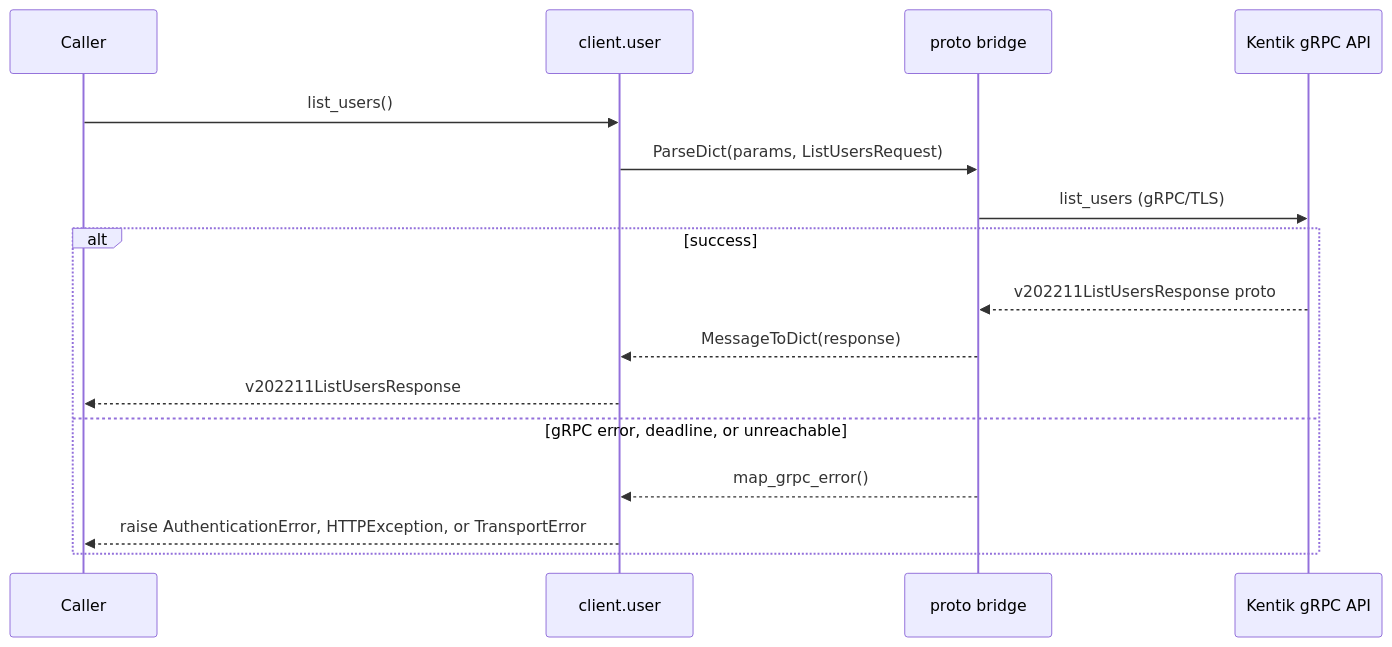
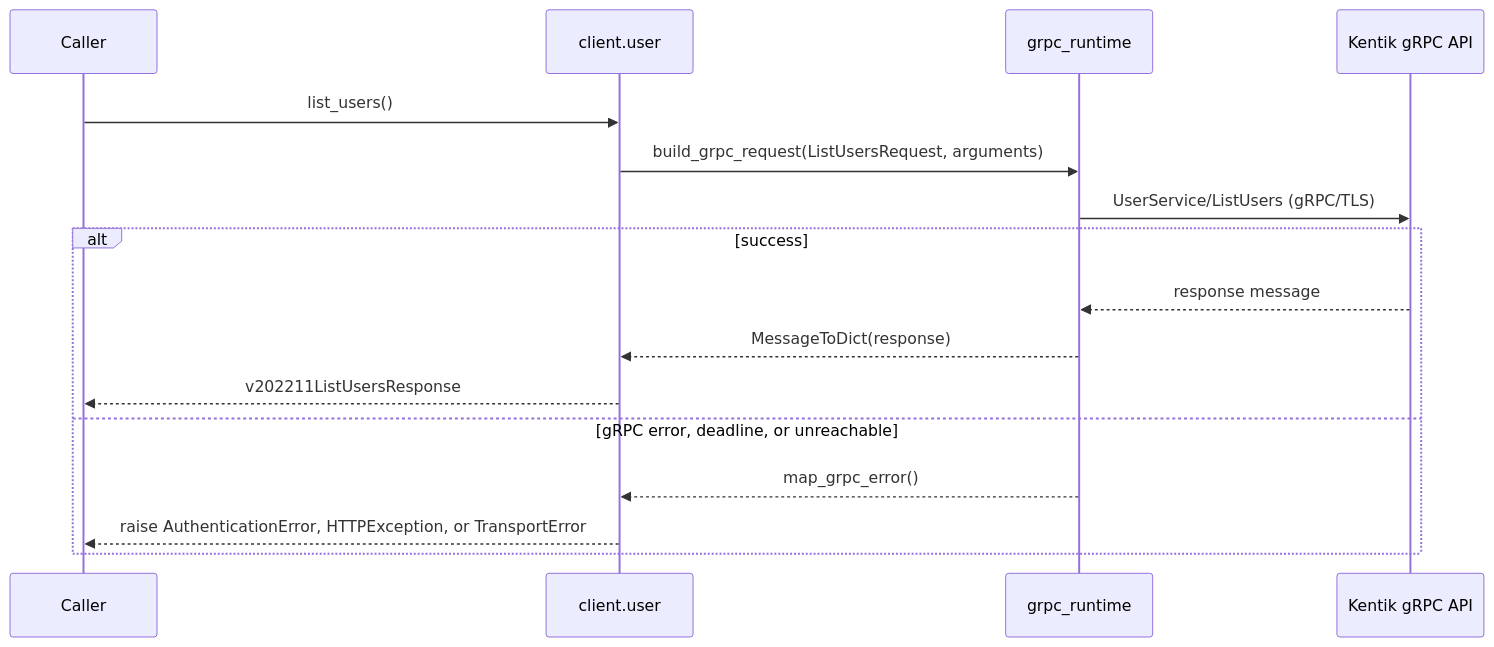
Before and after one commit to alexdearaujo/community_sdk_python: the third of 16 diagrams in docs/sphinx/services/user.md, drawn with Mermaid. The commit also changed other lines of this file and 37 other files, not shown here.

First line of the commit message:
docs: show the real RPC in each service page's gRPC diagram

````diff
--- a/docs/sphinx/services/user.md
+++ b/docs/sphinx/services/user.md
@@ -59,19 +59,19 @@
 ```mermaid
 sequenceDiagram
     participant C as Caller
     participant W as client.user
-    participant B as proto bridge
+    participant R as grpc_runtime
     participant API as Kentik gRPC API
 
     C->>W: list_users()
-    W->>B: ParseDict(params, ListUsersRequest)
-    B->>API: list_users (gRPC/TLS)
+    W->>R: build_grpc_request(ListUsersRequest, arguments)
+    R->>API: UserService/ListUsers (gRPC/TLS)
     alt success
-        API-->>B: v202211ListUsersResponse proto
-        B-->>W: MessageToDict(response)
+        API-->>R: response message
+        R-->>W: MessageToDict(response)
         W-->>C: v202211ListUsersResponse
     else gRPC error, deadline, or unreachable
-        B-->>W: map_grpc_error()
+        R-->>W: map_grpc_error()
         W-->>C: raise AuthenticationError, HTTPException, or TransportError
     end
 ```
````
